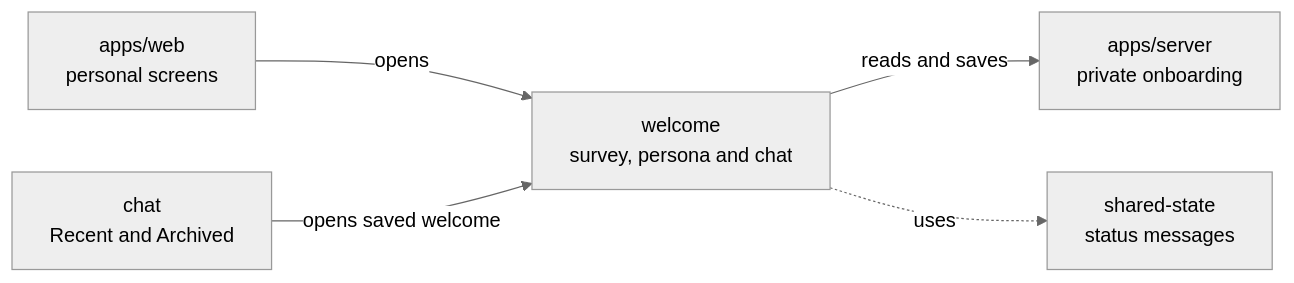
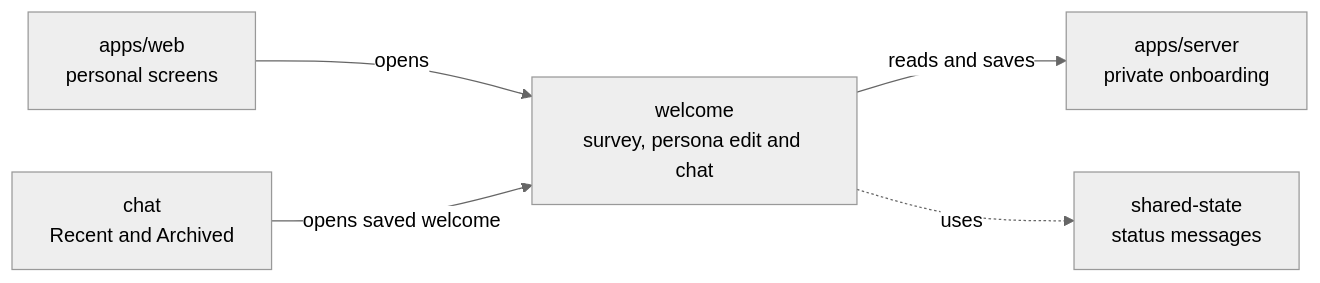
The diagram in apps/web/src/app/welcome/README.md (elewa-git/opencrane-new), drawn with Mermaid (neutral theme) before and after one commit. The commit also changed other lines of this file and 34 other files, not shown here.

````diff
--- a/apps/web/src/app/welcome/README.md
+++ b/apps/web/src/app/welcome/README.md
@@ -14,7 +14,7 @@
 ```mermaid
 flowchart LR
-  web["apps/web<br/>personal screens"] -->|opens| welcome["welcome<br/>survey, persona and chat"]
+  web["apps/web<br/>personal screens"] -->|opens| welcome["welcome<br/>survey, persona edit and chat"]
   welcome -->|reads and saves| server["apps/server<br/>private onboarding"]
   chat["chat<br/>Recent and Archived"] -->|opens saved welcome| welcome
   welcome -.->|uses| state["shared-state<br/>status messages"]
 ```
````
